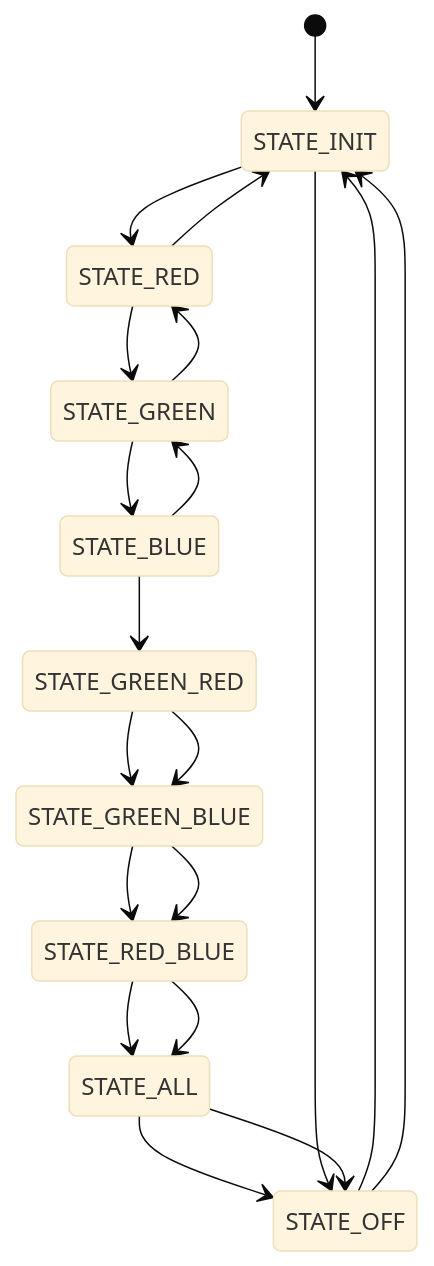
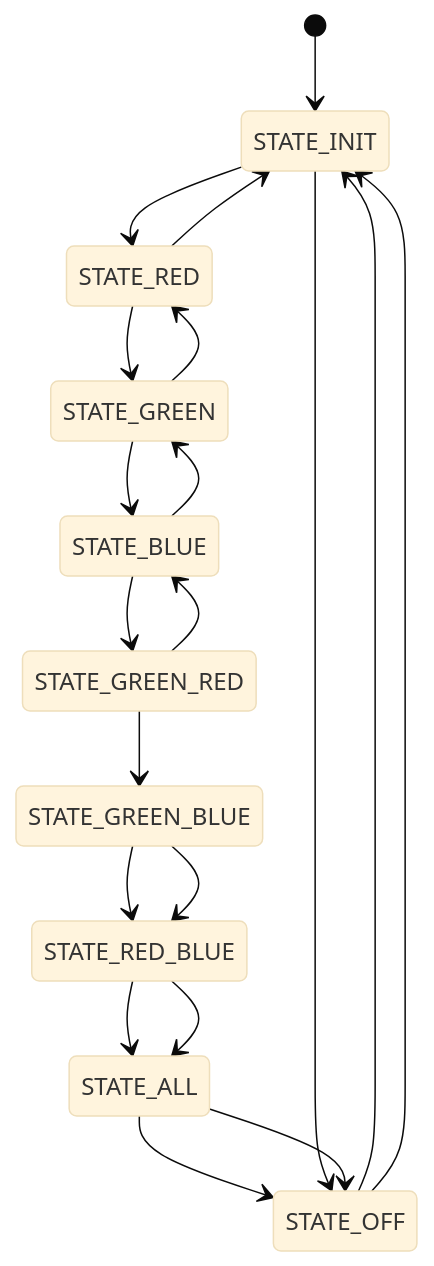
One commit to AngelMzno/iodraw-files changed the diagram in all/Mapa de Estado.md. Above: the diagram before and after it, drawn with Mermaid (base theme).

Commit message:
2024-09-03 19:42:11 update

````diff
--- a/all/Mapa de Estado.md
+++ b/all/Mapa de Estado.md
@@ -1,27 +1,27 @@
 ```mermaid
 stateDiagram-v2
 [*]-->STATE_INIT
 STATE_INIT --> STATE_RED
 STATE_RED --> STATE_GREEN
 STATE_GREEN-->STATE_BLUE
 STATE_BLUE -->STATE_GREEN_RED
 STATE_GREEN_RED -->STATE_GREEN_BLUE
 STATE_GREEN_BLUE-->STATE_RED_BLUE
 STATE_RED_BLUE-->STATE_ALL
 STATE_ALL-->STATE_OFF
 STATE_OFF-->STATE_INIT
 
 [*]STATE_INIT
 STATE_INIT --> STATE_OFF
 STATE_RED --> STATE_INIT
 STATE_GREEN-->STATE_RED
 STATE_BLUE -->STATE_GREEN
-STATE_GREEN_RED -->STATE_GREEN_BLUE
+STATE_GREEN_RED -->STATE_BLUE
 STATE_GREEN_BLUE-->STATE_RED_BLUE
 STATE_RED_BLUE-->STATE_ALL
 STATE_ALL-->STATE_OFF
 STATE_OFF-->STATE_INIT
 
 
 
 ```
````
